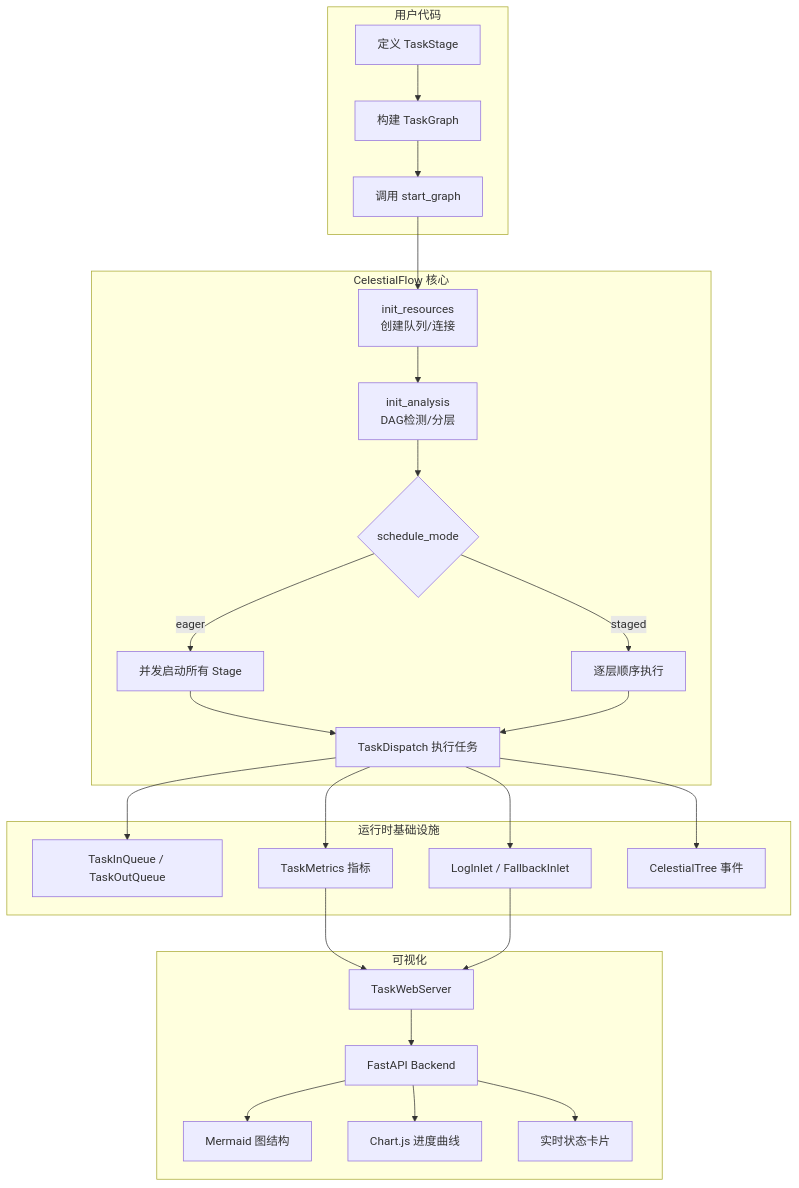
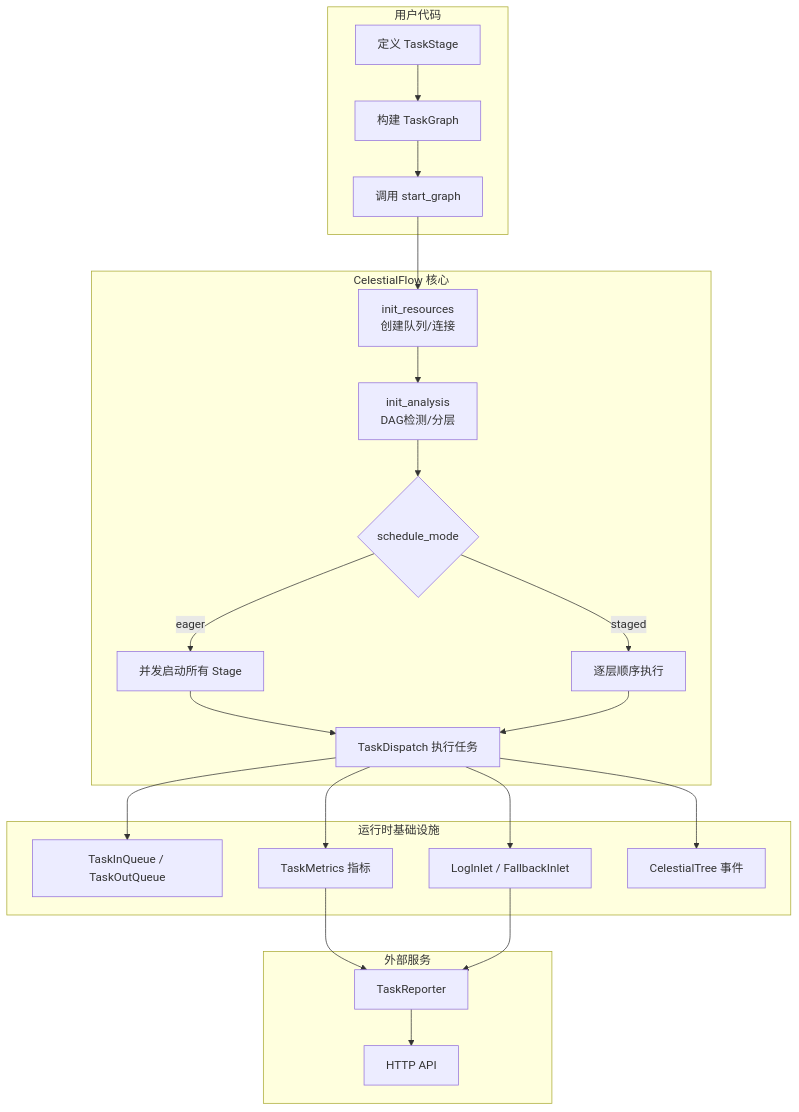
One commit to Mr-xiaotian/CelestialFlow changed the first of 9 diagrams in docs/zh-CN/presentation.md. Above: the diagram before and after it, drawn with Mermaid. The commit also changed other lines of this file and 14 other files, not shown here.

````diff
--- a/docs/zh-CN/presentation.md
+++ b/docs/zh-CN/presentation.md
@@ -76,34 +76,33 @@
 ```mermaid
 graph TB
     subgraph 用户代码
         A[定义 TaskStage] --> B[构建 TaskGraph]
         B --> C[调用 start_graph]
     end
 
     subgraph CelestialFlow 核心
         C --> D[init_resources<br/>创建队列/连接]
         D --> E[init_analysis<br/>DAG检测/分层]
         E --> F{schedule_mode}
         F -->|eager| G[并发启动所有 Stage]
         F -->|staged| H[逐层顺序执行]
         G --> I[TaskDispatch 执行任务]
         H --> I
     end
 
     subgraph 运行时基础设施
         I --> J[TaskInQueue / TaskOutQueue]
         I --> K[TaskMetrics 指标]
         I --> L[LogInlet / FallbackInlet]
         I --> M[CelestialTree 事件]
     end
 
-    subgraph 可视化
-        N[TaskWebServer] --> O[FastAPI Backend]
-        O --> P[Mermaid 图结构]
-        O --> Q[Chart.js 进度曲线]
-        O --> R[实时状态卡片]
+    subgraph 外部服务
+        N[TaskReporter]
+        O[HTTP API]
     end
 
     K --> N
     L --> N
+    N --> O
 ```
````
